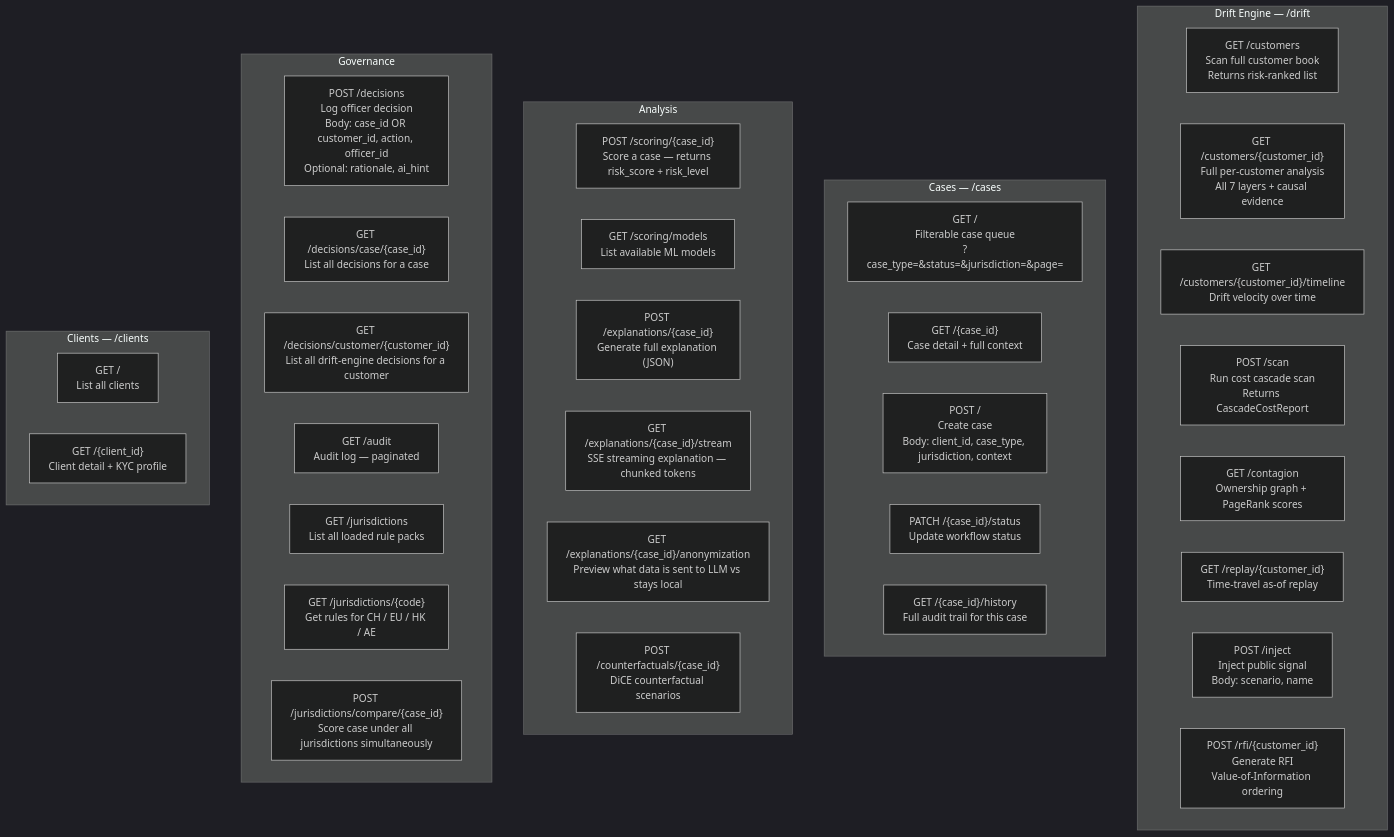
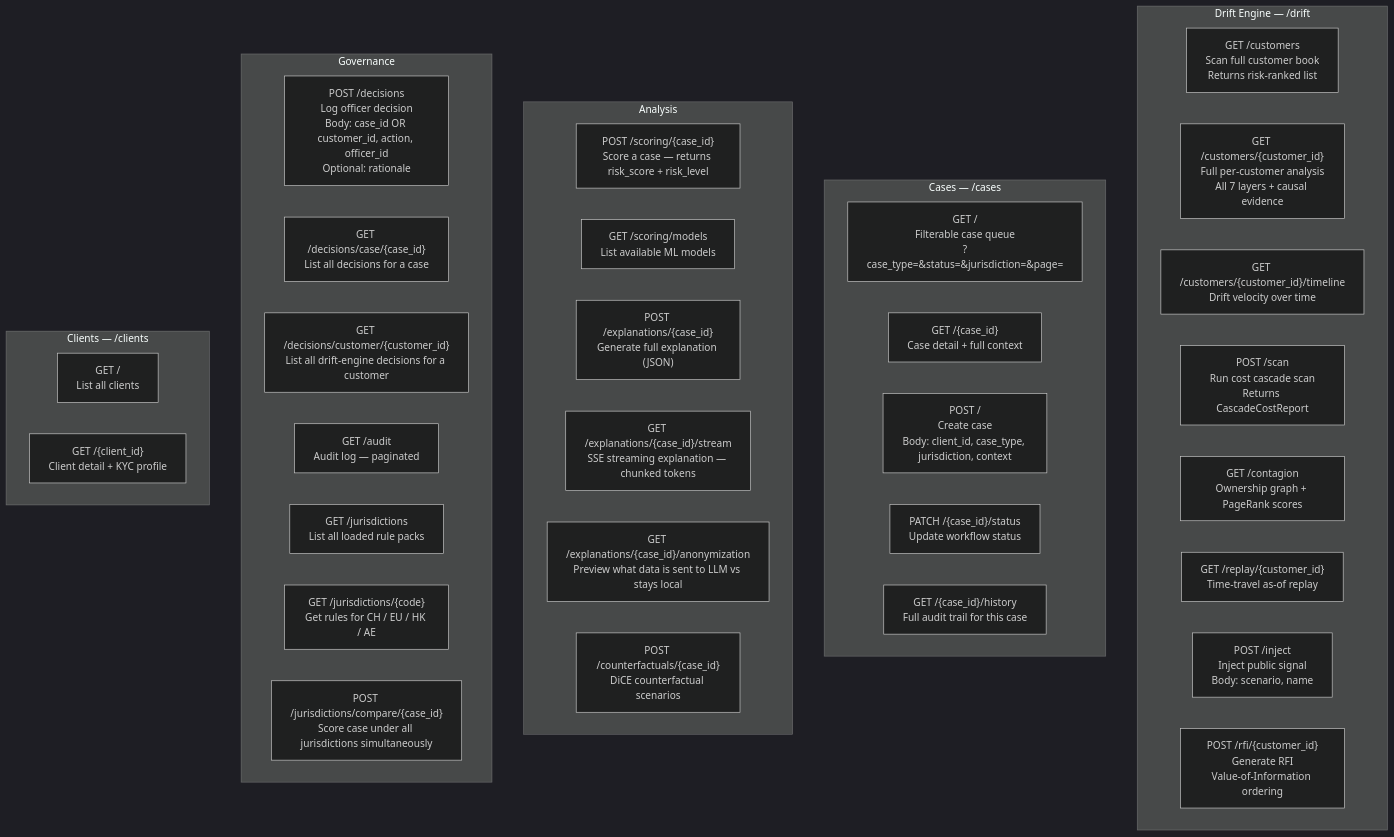
The first of 3 diagrams in docs/api.md (SteveDok22/Swisshacks-2026), drawn with Mermaid (dark theme) before and after one commit. The commit also changed 27 other files, not shown here.

````diff
--- a/docs/api.md
+++ b/docs/api.md
@@ -9,45 +9,45 @@
 ```mermaid
 flowchart TB
     subgraph Drift["Drift Engine  — /drift"]
         D1["GET /customers\nScan full customer book\nReturns risk-ranked list"]
         D2["GET /customers/{customer_id}\nFull per-customer analysis\nAll 7 layers + causal evidence"]
         D3["GET /customers/{customer_id}/timeline\nDrift velocity over time"]
         D4["POST /scan\nRun cost cascade scan\nReturns CascadeCostReport"]
         D5["GET /contagion\nOwnership graph + PageRank scores"]
         D6["GET /replay/{customer_id}\nTime-travel as-of replay"]
         D7["POST /inject\nInject public signal\nBody: scenario, name"]
         D8["POST /rfi/{customer_id}\nGenerate RFI\nValue-of-Information ordering"]
     end
 
     subgraph Cases["Cases  — /cases"]
         C1["GET /\nFilterable case queue\n?case_type=&status=&jurisdiction=&page="]
         C2["GET /{case_id}\nCase detail + full context"]
         C3["POST /\nCreate case\nBody: client_id, case_type, jurisdiction, context"]
         C4["PATCH /{case_id}/status\nUpdate workflow status"]
         C5["GET /{case_id}/history\nFull audit trail for this case"]
     end
 
     subgraph Analysis["Analysis"]
         A1["POST /scoring/{case_id}\nScore a case — returns risk_score + risk_level"]
         A2["GET /scoring/models\nList available ML models"]
         A3["POST /explanations/{case_id}\nGenerate full explanation (JSON)"]
         A4["GET /explanations/{case_id}/stream\nSSE streaming explanation — chunked tokens"]
         A5["GET /explanations/{case_id}/anonymization\nPreview what data is sent to LLM vs stays local"]
         A6["POST /counterfactuals/{case_id}\nDiCE counterfactual scenarios"]
     end
 
     subgraph Governance["Governance"]
-        G1["POST /decisions\nLog officer decision\nBody: case_id OR customer_id, action, officer_id\nOptional: rationale, ai_hint"]
+        G1["POST /decisions\nLog officer decision\nBody: case_id OR customer_id, action, officer_id\nOptional: rationale"]
         G2["GET /decisions/case/{case_id}\nList all decisions for a case"]
         G7["GET /decisions/customer/{customer_id}\nList all drift-engine decisions for a customer"]
         G3["GET /audit\nAudit log — paginated"]
         G4["GET /jurisdictions\nList all loaded rule packs"]
         G5["GET /jurisdictions/{code}\nGet rules for CH / EU / HK / AE"]
         G6["POST /jurisdictions/compare/{case_id}\nScore case under all jurisdictions simultaneously"]
     end
 
     subgraph Clients["Clients  — /clients"]
         CL1["GET /\nList all clients"]
         CL2["GET /{client_id}\nClient detail + KYC profile"]
     end
 ```
````
